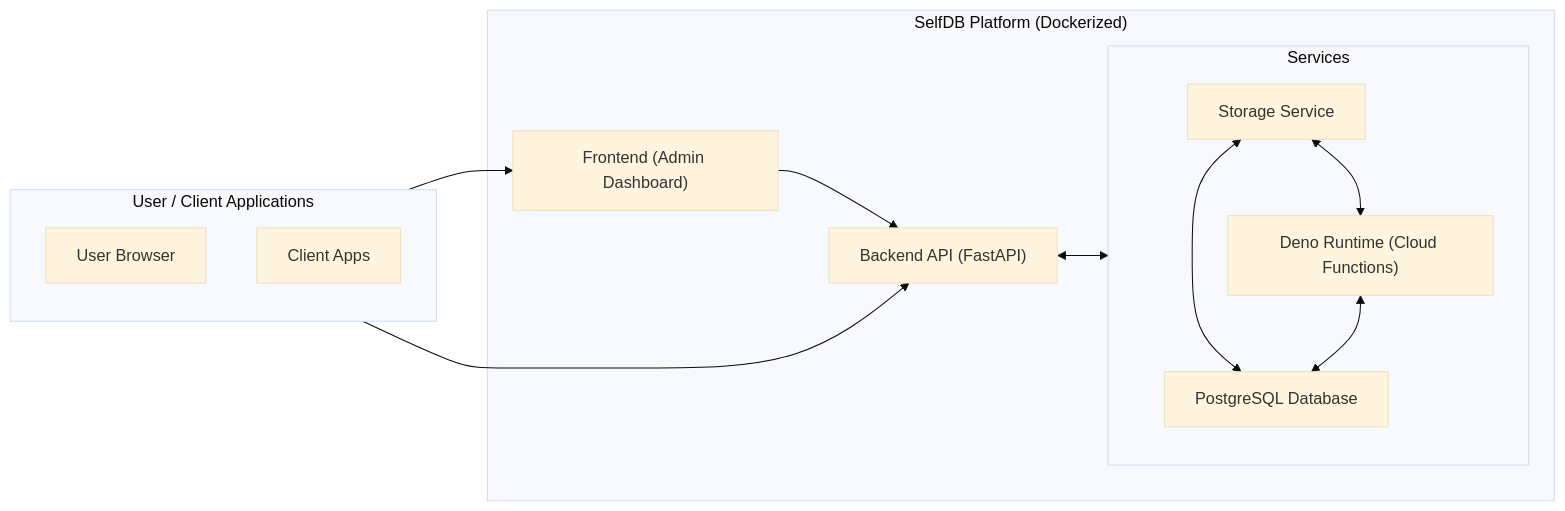
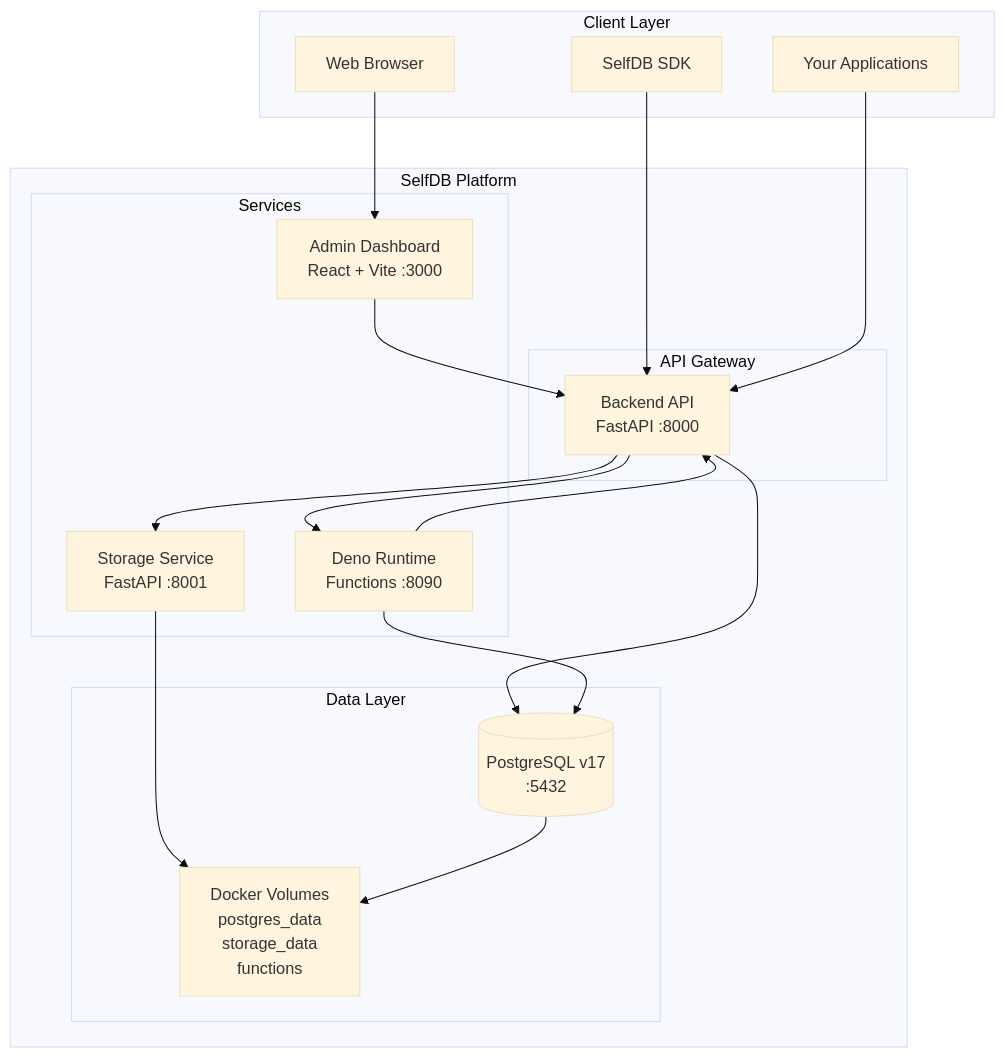
Before and after one commit to Selfdb-io/SelfDB: the diagram in README.md, drawn with Mermaid (base theme). The commit also changed other lines of this file and 234 other files, not shown here.

````diff
--- a/README.md
+++ b/README.md
@@ -70,27 +89,40 @@
 ```mermaid
-graph LR
-    subgraph "User / Client Applications"
-        direction TB
-        U[User Browser]
-        C[Client Apps]
+graph TB
+    subgraph "Client Layer"
+        U[Web Browser]
+        SDK[SelfDB SDK]
+        APP[Your Applications]
     end
 
-    subgraph "SelfDB Platform (Dockerized)"
-        F["Frontend (Admin Dashboard)"]
-        B["Backend API (FastAPI)"]
-        subgraph S["Services"]
-            direction TB
-            SS["Storage Service"]
-            DR["Deno Runtime (Cloud Functions)"]
-            D["PostgreSQL Database"]
-            SS <--> D
-            DR <--> D
-            SS <--> DR
+    subgraph "SelfDB Platform"
+        subgraph "API Gateway"
+            API[Backend API<br/>FastAPI :8000]
         end
-        F --> B
-        B <--> S
+        
+        subgraph "Services"
+            ADMIN[Admin Dashboard<br/>React + Vite :3000]
+            STORAGE[Storage Service<br/>FastAPI :8001]
+            DENO[Deno Runtime<br/>Functions :8090]
+        end
+        
+        subgraph "Data Layer"
+            PG[(PostgreSQL v17<br/>:5432)]
+            VOL[Docker Volumes<br/>postgres_data<br/>storage_data<br/>functions]
+        end
     end
 
-    U --> F
-    C --> B
+    U --> ADMIN
+    SDK --> API
+    APP --> API
+    
+    ADMIN --> API
+    API --> PG
+    API --> STORAGE
+    API --> DENO
+    
+    STORAGE --> VOL
+    DENO --> PG
+    DENO --> API
+    
+    PG --> VOL
 ```
````
